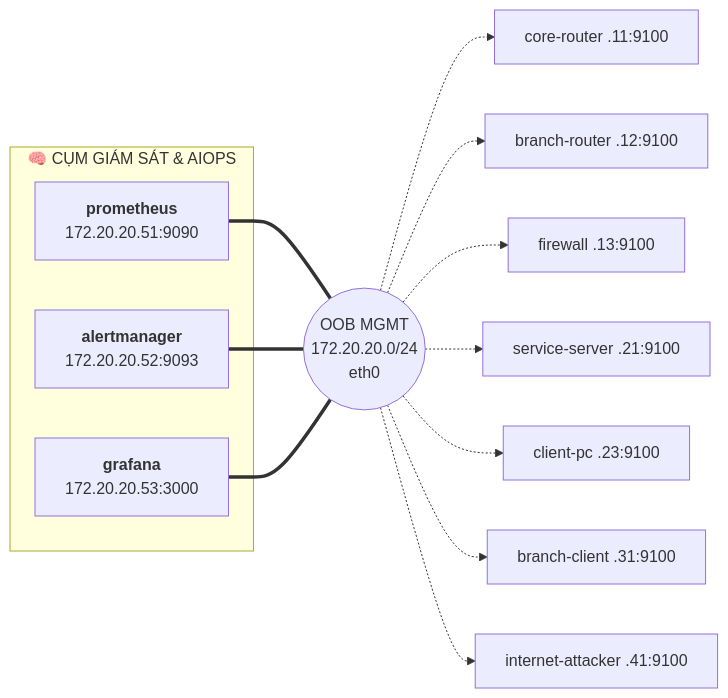
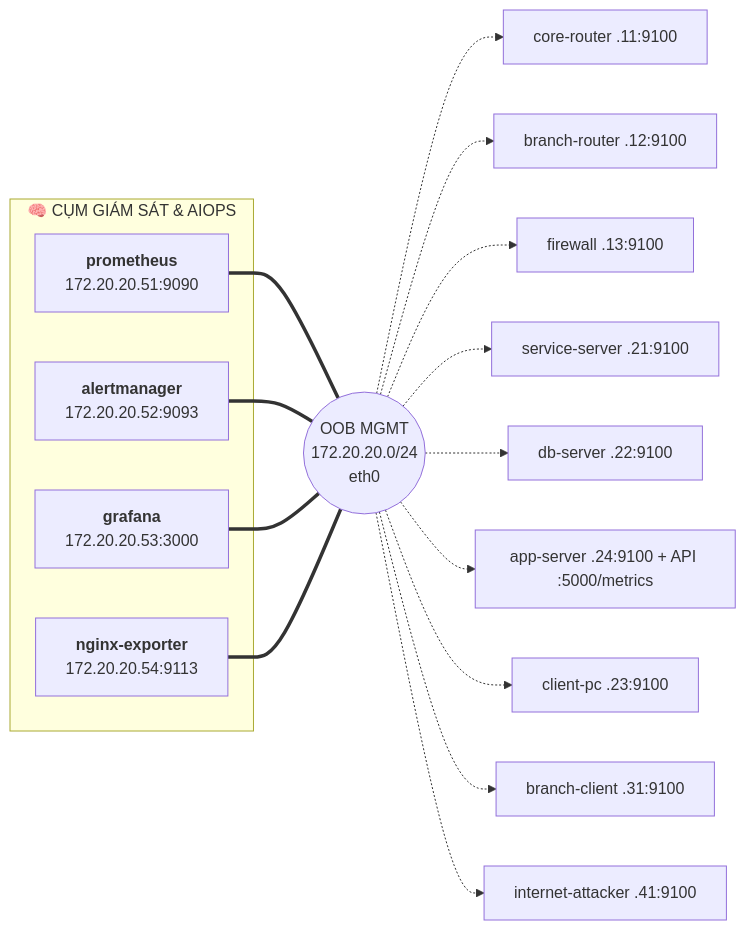
The second of 2 diagrams in docs/network-design.md (DucLoc29/AIOpsProject), drawn with Mermaid before and after one commit. The commit also changed other lines of this file and 17 other files, not shown here.

````diff
--- a/docs/network-design.md
+++ b/docs/network-design.md
@@ -44,22 +50,26 @@
 ```mermaid
 flowchart LR
     subgraph OOB_CLUSTER["🧠 CỤM GIÁM SÁT & AIOPS"]
         PROM["<b>prometheus</b><br/>172.20.20.51:9090"]
         AM["<b>alertmanager</b><br/>172.20.20.52:9093"]
         GRAF["<b>grafana</b><br/>172.20.20.53:3000"]
+        NGX["<b>nginx-exporter</b><br/>172.20.20.54:9113"]
     end
 
     M(("OOB MGMT<br/>172.20.20.0/24<br/>eth0"))
 
     PROM === M
     AM === M
     GRAF === M
 
     M -.-> CR["core-router .11:9100"]
     M -.-> BR["branch-router .12:9100"]
     M -.-> FW["firewall .13:9100"]
     M -.-> SS["service-server .21:9100"]
+    M -.-> DBN["db-server .22:9100"]
+    M -.-> APN["app-server .24:9100 + API :5000/metrics"]
+    NGX === M
     M -.-> PC["client-pc .23:9100"]
     M -.-> BC["branch-client .31:9100"]
     M -.-> ATK["internet-attacker .41:9100"]
 ```
````
